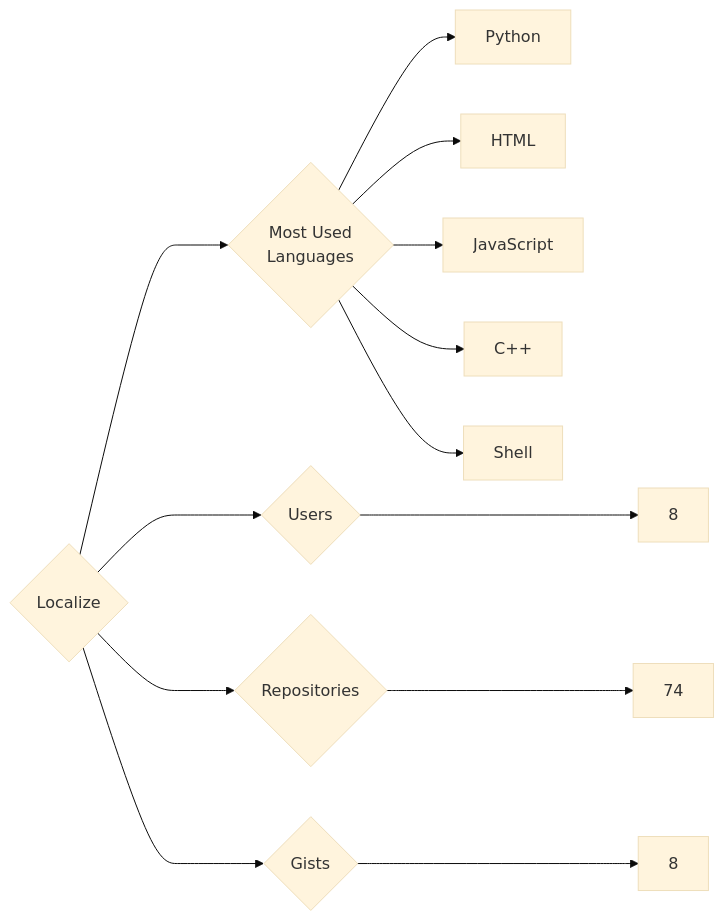
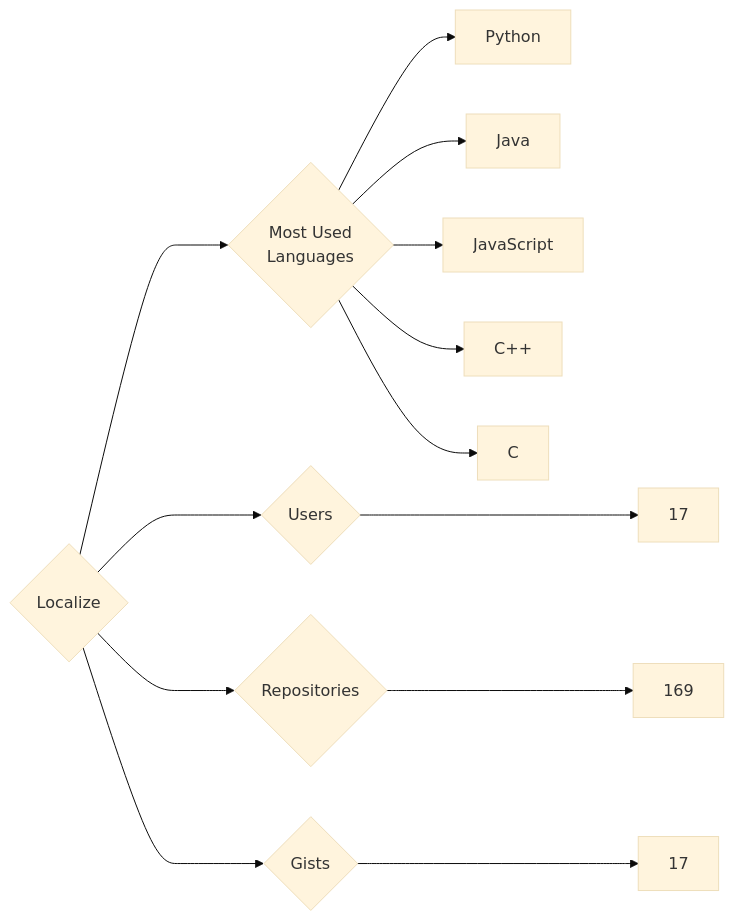
The diagram in targets/Localize/README.md (trickest/insiders), drawn with Mermaid (base theme) before and after one commit. The commit also changed 597 other files, not shown here.

````diff
--- a/targets/Localize/README.md
+++ b/targets/Localize/README.md
@@ -3,13 +3,13 @@
 ```mermaid
 graph LR
 COMPANY_NAME{Localize}
-COMPANY_NAME ---> U{Users} ---> UN[8]
-COMPANY_NAME ---> R{Repositories} ---> RN[74]
-COMPANY_NAME ---> G{Gists} ---> GN[8]
+COMPANY_NAME ---> U{Users} ---> UN[17]
+COMPANY_NAME ---> R{Repositories} ---> RN[169]
+COMPANY_NAME ---> G{Gists} ---> GN[17]
 COMPANY_NAME ---> ML{Most Used<br>Languages}
 ML --> Python[Python]
-ML --> HTML[HTML]
+ML --> Java[Java]
 ML --> JavaScript[JavaScript]
 ML --> C++[C++]
-ML --> Shell[Shell]
+ML --> C[C]
 ```
````
